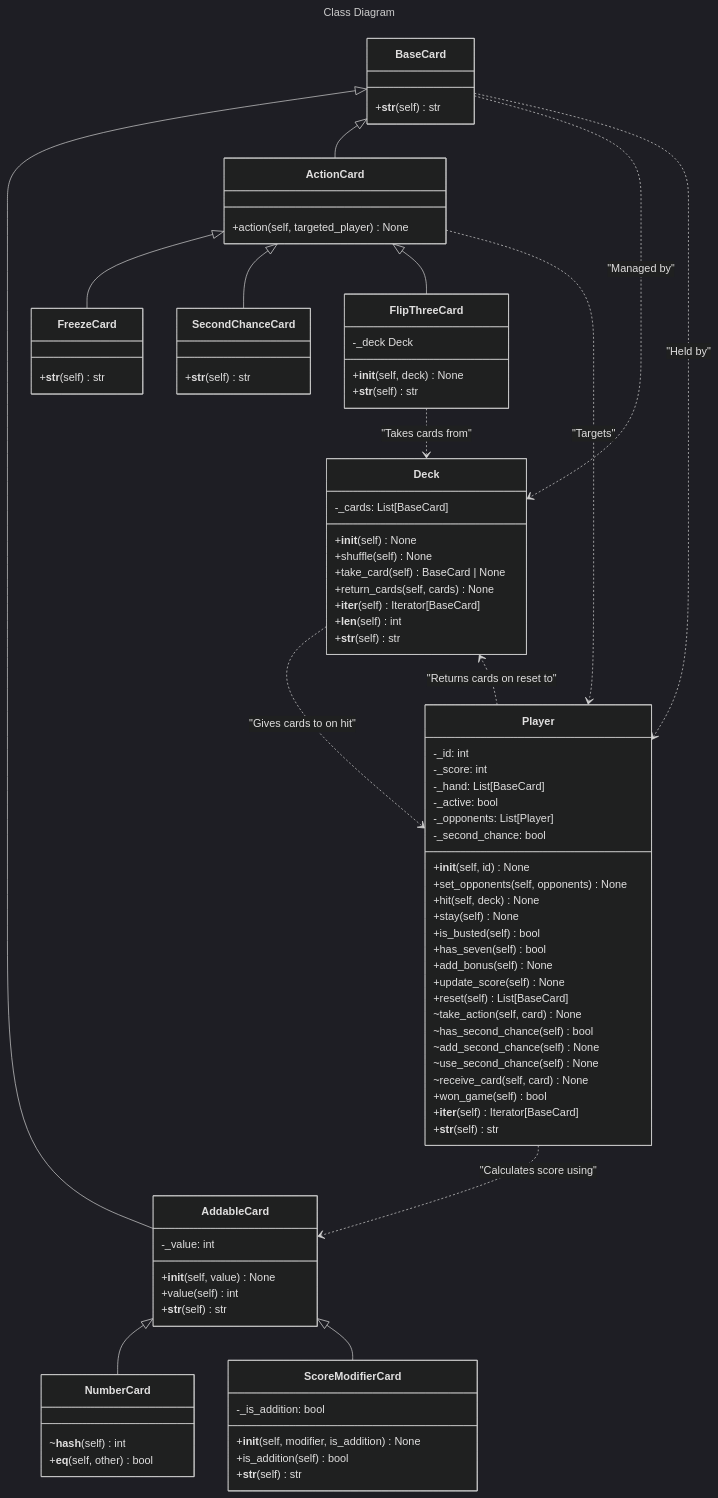
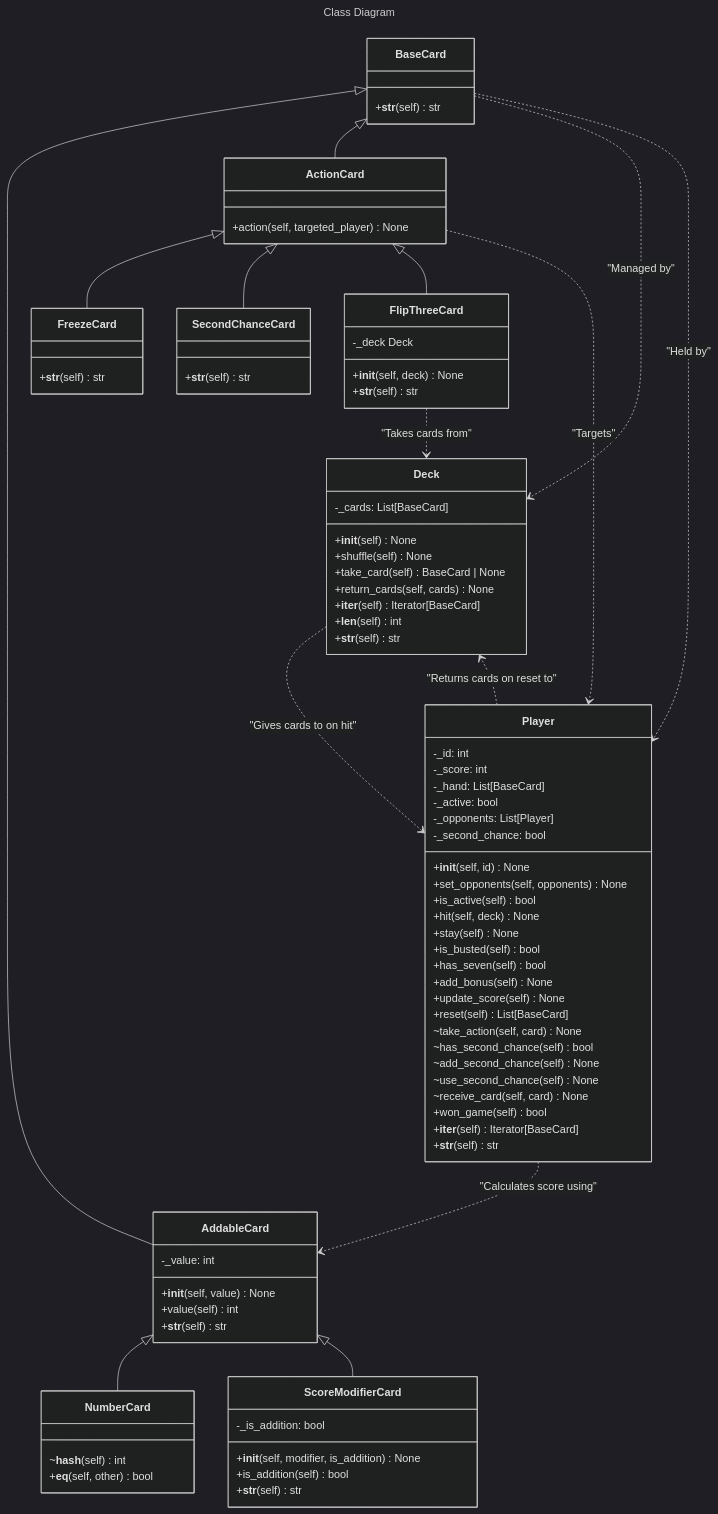
One commit to KedarPanchal/ENGR-102-Project changed the diagram in DIAGRAM.md. Above: the diagram before and after it, drawn with Mermaid (dark theme).

Commit message:
Update mermaid diagram

```diff
--- a/DIAGRAM.md
+++ b/DIAGRAM.md
@@ -75,6 +75,7 @@
         -_second_chance: bool
         +__init__(self, id) None
         +set_opponents(self, opponents) None
+        +is_active(self) bool
         +hit(self, deck) None
         +stay(self) None
         +is_busted(self) bool
```
